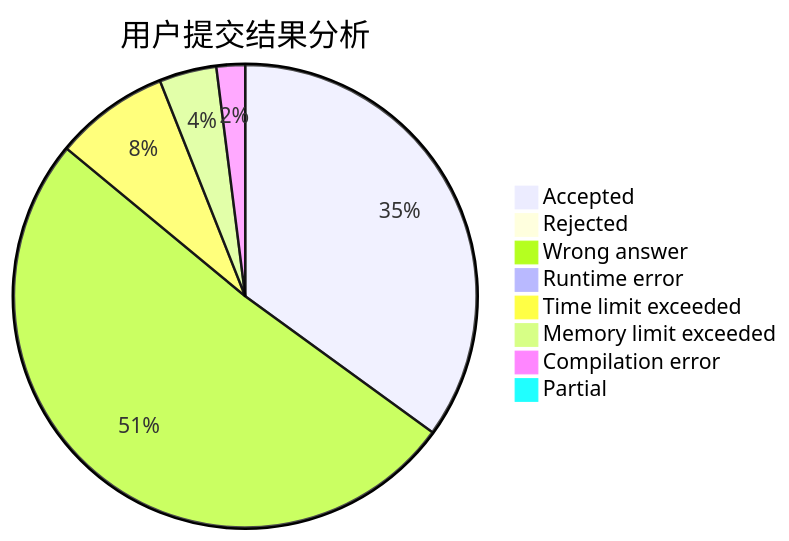
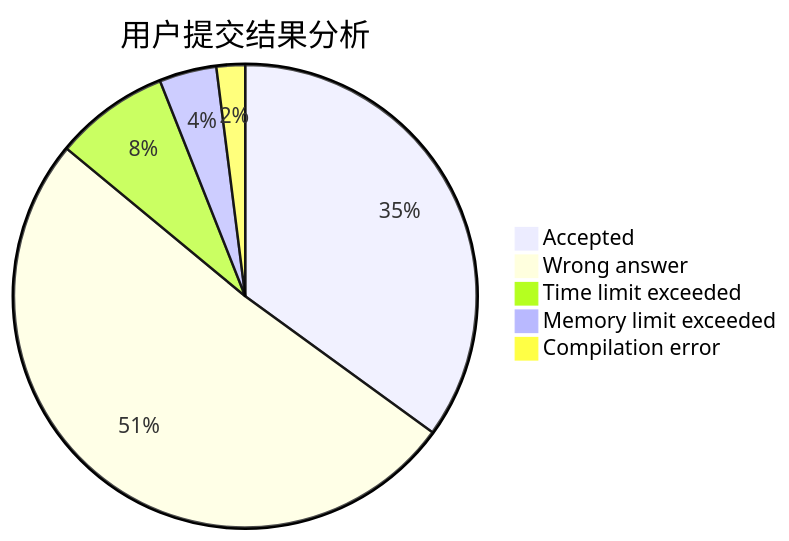
One commit to sherpahu/cfrs.github.io changed the first of 3 diagrams in docs/user/u38.md. Above: the diagram before and after it, drawn with Mermaid. The commit also changed 2770 other files, not shown here.

````diff
--- a/docs/user/u38.md
+++ b/docs/user/u38.md
@@ -5,11 +5,8 @@
 ```mermaid
 pie title 用户提交结果分析
     "Accepted" :  35
-    "Rejected" :  0
     "Wrong answer" :  51
-    "Runtime error" :  0
     "Time limit exceeded" :  8
     "Memory limit exceeded" :  4
     "Compilation error" :  2
-    "Partial" :  0
 ```
````
